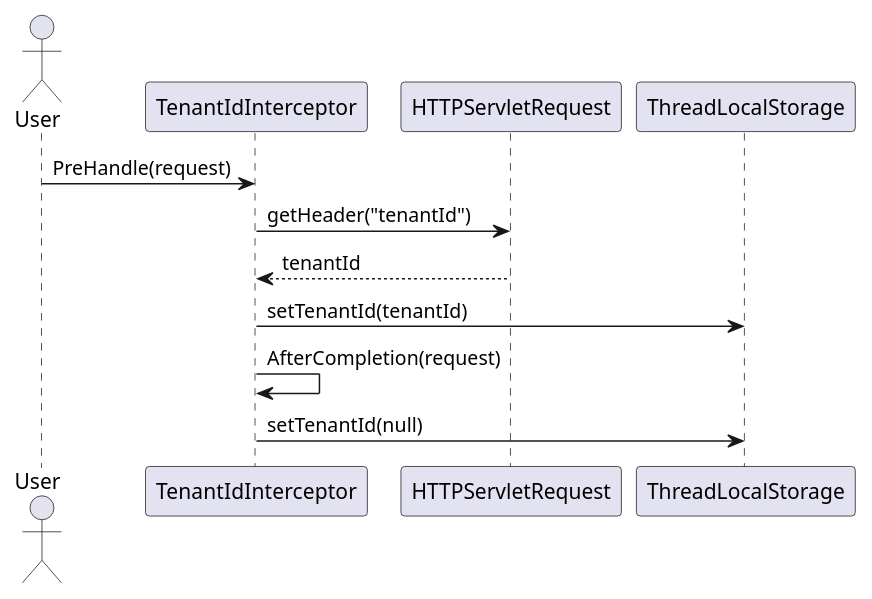
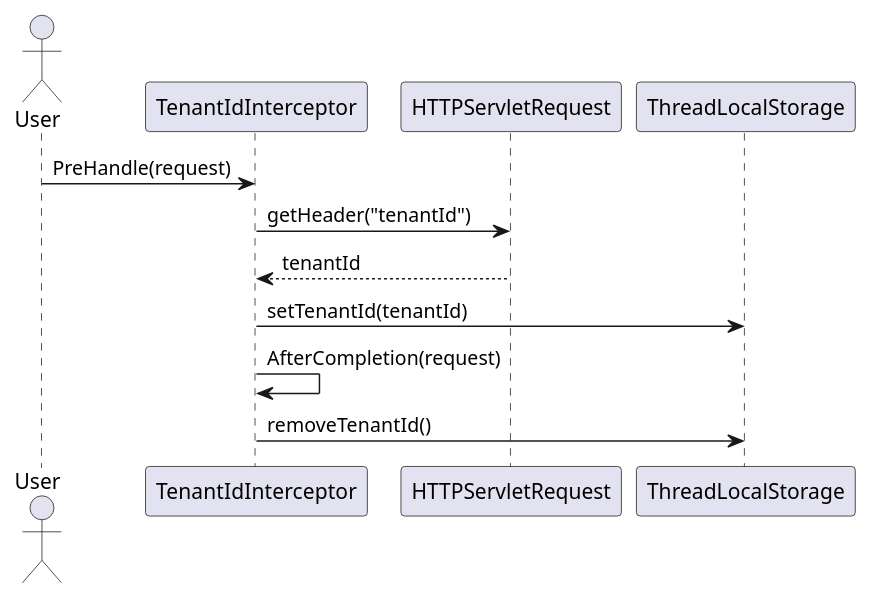
The first of 3 diagrams in docs/Technical Specifications.md (JulianRueck/multitenancy-spring-boot-starter), drawn with PlantUML before and after one commit. The commit also changed other lines of this file and 3 other files, not shown here.

````diff
--- a/docs/Technical Specifications.md
+++ b/docs/Technical Specifications.md
@@ -9,12 +9,12 @@
 ```puml
 @startuml
 actor User
 
 User -> TenantIdInterceptor : PreHandle(request) 
 TenantIdInterceptor -> HTTPServletRequest : getHeader("tenantId")
 HTTPServletRequest --> TenantIdInterceptor : tenantId
 TenantIdInterceptor -> ThreadLocalStorage : setTenantId(tenantId)
 TenantIdInterceptor -> TenantIdInterceptor : AfterCompletion(request)
-TenantIdInterceptor -> ThreadLocalStorage : setTenantId(null)
+TenantIdInterceptor -> ThreadLocalStorage : removeTenantId()
 @enduml
 ```
````
